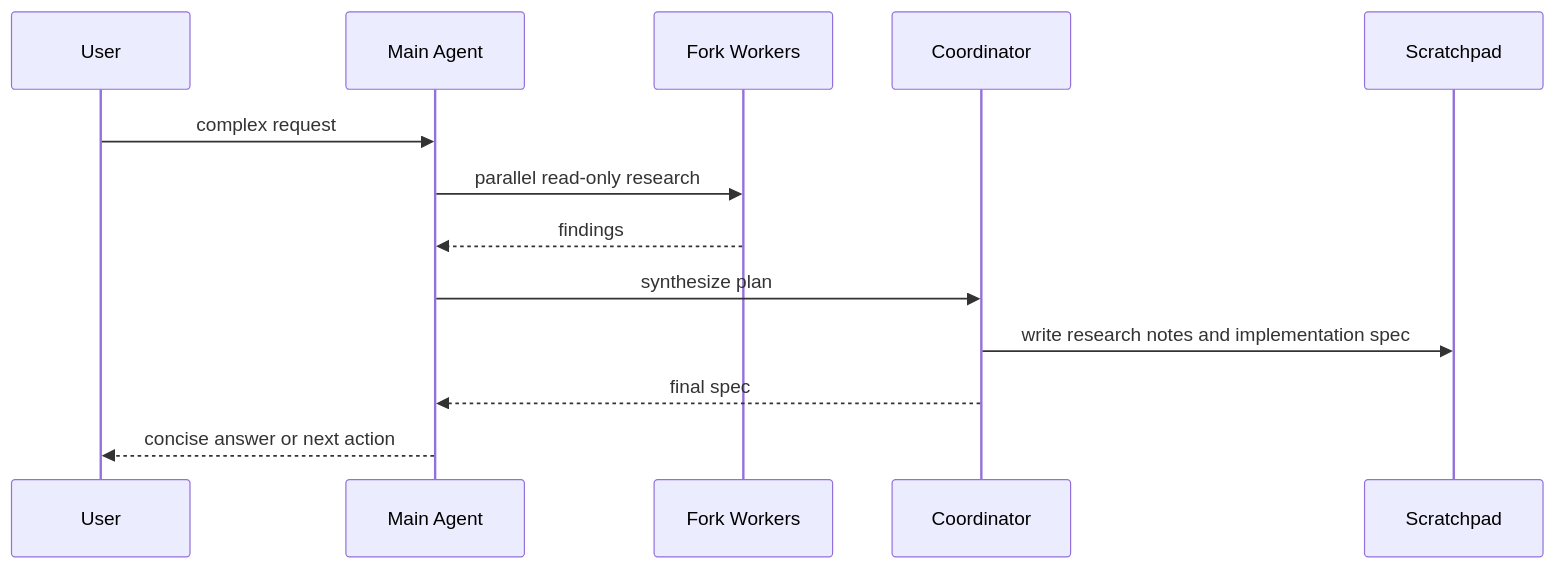
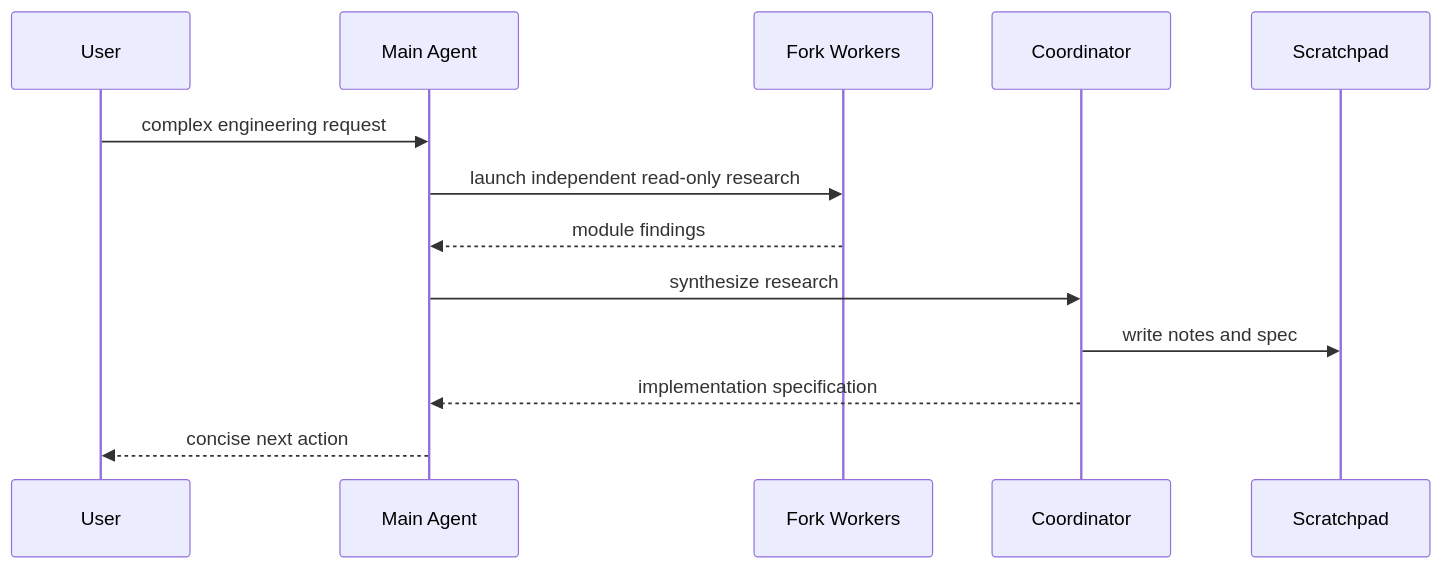
One commit to Anorlx/code_agent changed the third of 4 diagrams in MAIN_README.md. Above: the diagram before and after it, drawn with Mermaid. The commit also changed other lines of this file and 1 other file, not shown here.

Commit message:
Refresh MAIN README tech presentation

````diff
--- a/MAIN_README.md
+++ b/MAIN_README.md
@@ -159,19 +179,19 @@
 ```mermaid
 sequenceDiagram
-    accTitle: Fork And Coordinator
-    accDescr: The main agent can launch parallel read-only fork workers or ask a coordinator to synthesize research into an implementation specification.
+    accTitle: Fork Coordinator Orchestration
+    accDescr: The main agent can launch read-only fork workers and ask a coordinator to synthesize research into implementation specifications.
 
-    participant U as User
-    participant M as Main Agent
-    participant F as Fork Workers
-    participant C as Coordinator
-    participant S as Scratchpad
+    participant User
+    participant Main as Main Agent
+    participant Fork as Fork Workers
+    participant Coord as Coordinator
+    participant Pad as Scratchpad
 
-    U->>M: complex request
-    M->>F: parallel read-only research
-    F-->>M: findings
-    M->>C: synthesize plan
-    C->>S: write research notes and implementation spec
-    C-->>M: final spec
-    M-->>U: concise answer or next action
+    User->>Main: complex engineering request
+    Main->>Fork: launch independent read-only research
+    Fork-->>Main: module findings
+    Main->>Coord: synthesize research
+    Coord->>Pad: write notes and spec
+    Coord-->>Main: implementation specification
+    Main-->>User: concise next action
 ```
````
